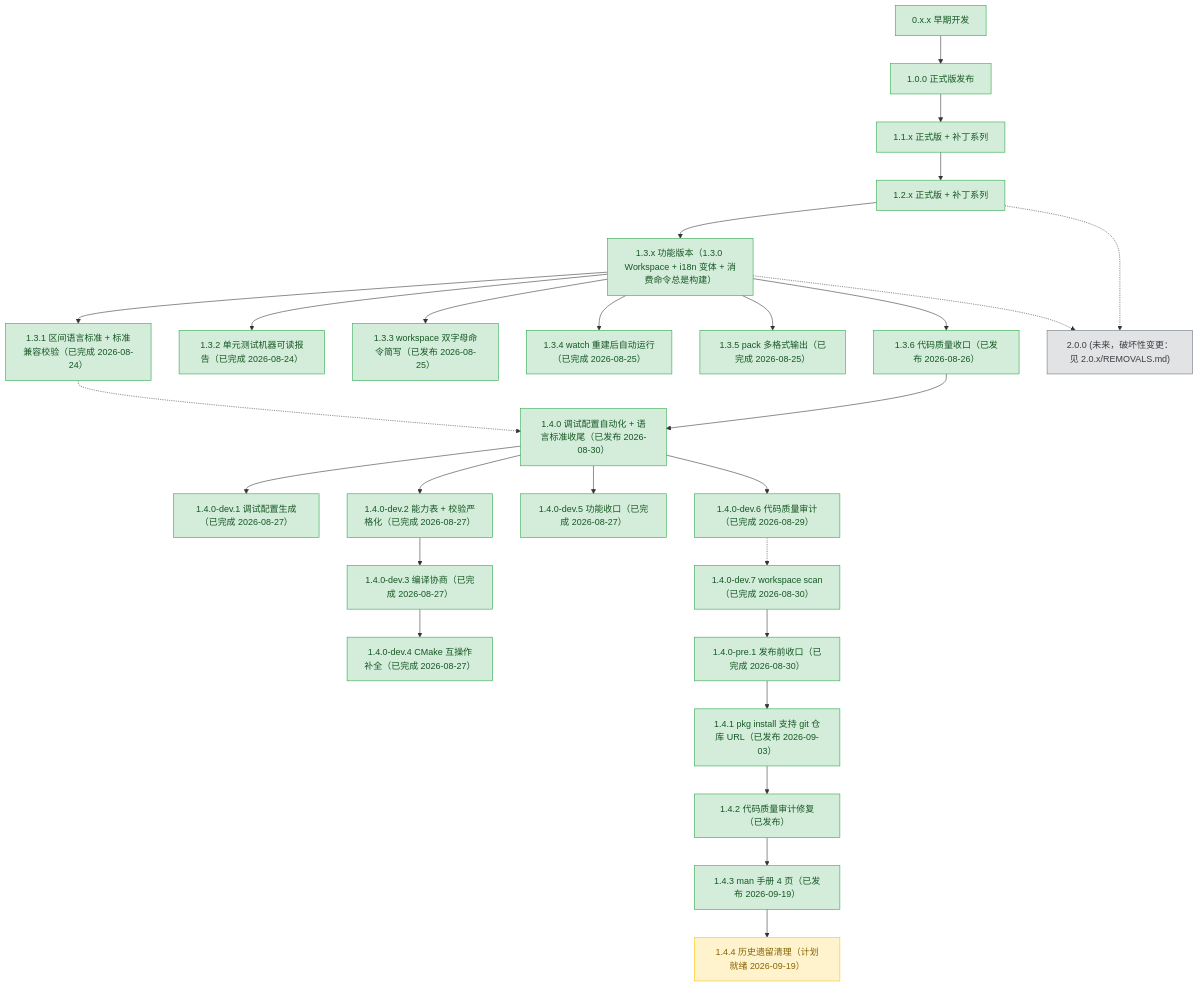
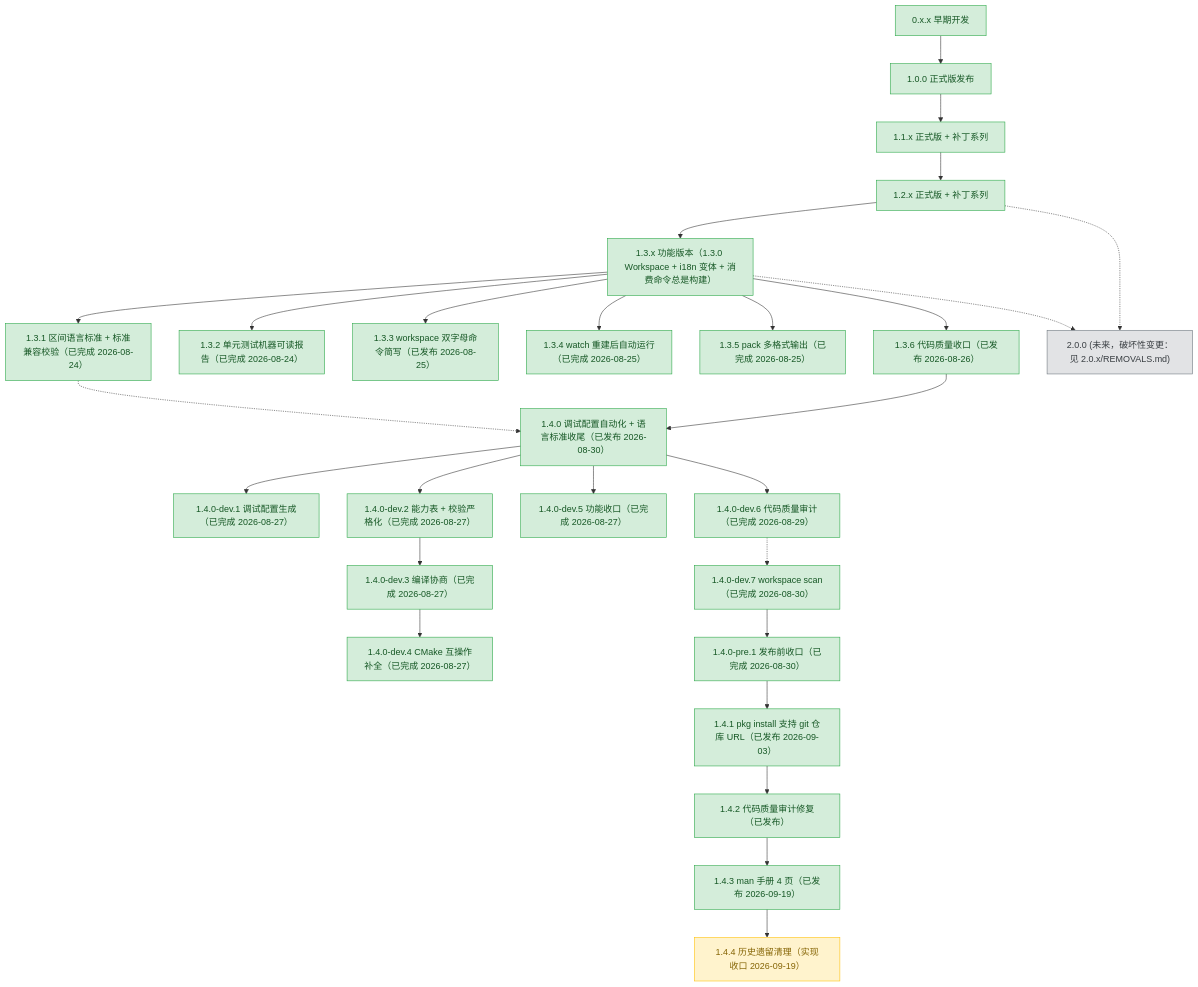
One commit to 3667808244/EazyMake changed the diagram in plans/README.md. Above: the diagram before and after it, drawn with Mermaid. The commit also changed other lines of this file and 6 other files, not shown here.

```diff
--- a/plans/README.md
+++ b/plans/README.md
@@ -95,7 +95,7 @@
     v141p["1.4.1 pkg install 支持 git 仓库 URL（已发布 2026-09-03）"]
     v142p["1.4.2 代码质量审计修复（已发布）"]
     v143p["1.4.3 man 手册 4 页（已发布 2026-09-19）"]
-    v144p["1.4.4 历史遗留清理（计划就绪 2026-09-19）"]
+    v144p["1.4.4 历史遗留清理（实现收口 2026-09-19）"]
     v200["2.0.0 (未来，破坏性变更：见 2.0.x/REMOVALS.md)"]
 
     v0xx --> v100
```
